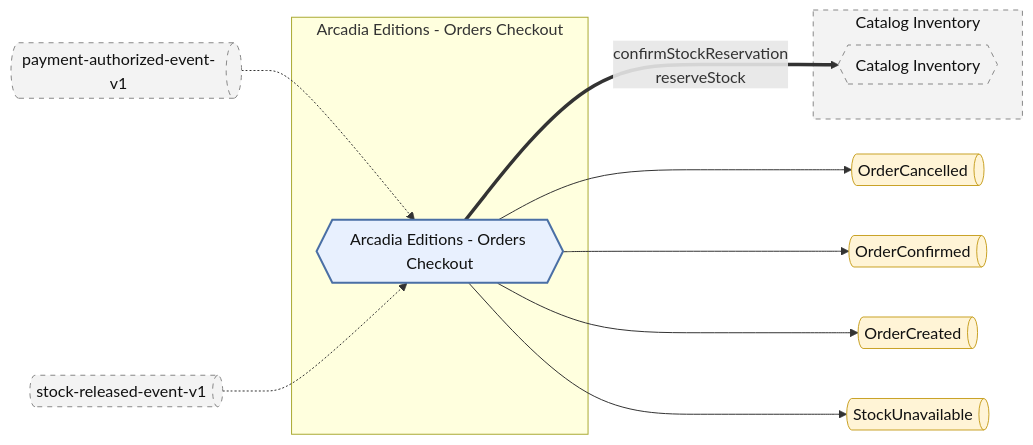
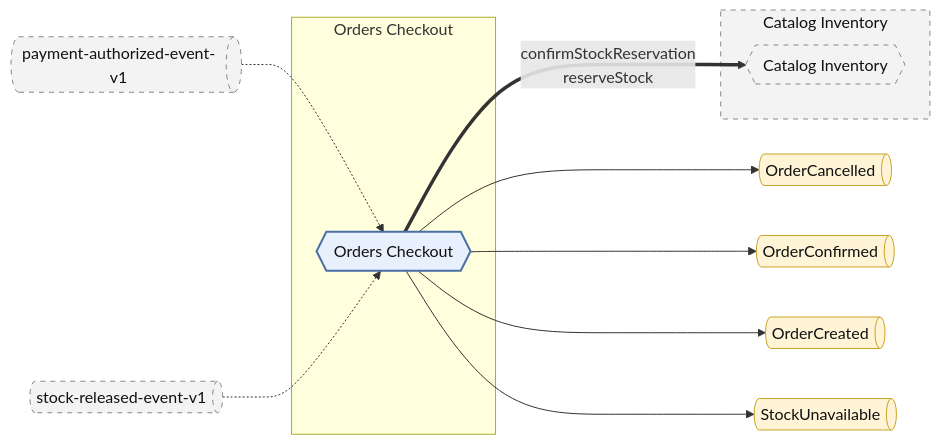
The diagram in dsl-docs/src/commonTest/resources/snapshots/orders-checkout/architecture.md (ZenWave360/dsl-kotlin), drawn with Mermaid before and after one commit. The commit also changed other lines of this file and 13 other files, not shown here.

````diff
--- a/dsl-docs/src/commonTest/resources/snapshots/orders-checkout/architecture.md
+++ b/dsl-docs/src/commonTest/resources/snapshots/orders-checkout/architecture.md
@@ -12,33 +12,33 @@
 ```mermaid
 flowchart LR
   classDef module fill:#e8f0fe,stroke:#4a6fa5,stroke-width:2px,color:#111
   classDef event fill:#fff4d6,stroke:#c9a227,color:#111
   classDef foreign fill:#f3f3f3,stroke:#888,stroke-dasharray:5 5,color:#111
 
   subgraph sg_CatalogInventory["Catalog Inventory"]
     CatalogInventory{{"Catalog Inventory"}}
   end
 
-  subgraph sg_DomainModel["Arcadia Editions - Orders Checkout"]
-    DomainModel{{"Arcadia Editions - Orders Checkout"}}
+  subgraph sg_OrdersCheckout["Orders Checkout"]
+    OrdersCheckout{{"Orders Checkout"}}
   end
 
   OrderCancelled@{ shape: h-cyl, label: "OrderCancelled" }
   OrderConfirmed@{ shape: h-cyl, label: "OrderConfirmed" }
   OrderCreated@{ shape: h-cyl, label: "OrderCreated" }
   StockUnavailable@{ shape: h-cyl, label: "StockUnavailable" }
   ext_payment_authorized_event_v1@{ shape: h-cyl, label: "payment-authorized-event-v1" }
   ext_stock_released_event_v1@{ shape: h-cyl, label: "stock-released-event-v1" }
 
-  class DomainModel module
+  class OrdersCheckout module
   class CatalogInventory,ext_payment_authorized_event_v1,ext_stock_released_event_v1,sg_CatalogInventory foreign
   class OrderCancelled,OrderConfirmed,OrderCreated,StockUnavailable event
 
-  DomainModel --> OrderCancelled
-  DomainModel --> OrderConfirmed
-  DomainModel --> OrderCreated
-  DomainModel --> StockUnavailable
-  ext_payment_authorized_event_v1 -.-> DomainModel
-  ext_stock_released_event_v1 -.-> DomainModel
-  DomainModel ==>|"confirmStockReservation<br/>reserveStock"| CatalogInventory
+  OrdersCheckout --> OrderCancelled
+  OrdersCheckout --> OrderConfirmed
+  OrdersCheckout --> OrderCreated
+  OrdersCheckout --> StockUnavailable
+  ext_payment_authorized_event_v1 -.-> OrdersCheckout
+  ext_stock_released_event_v1 -.-> OrdersCheckout
+  OrdersCheckout ==>|"confirmStockReservation<br/>reserveStock"| CatalogInventory
 ```
````
